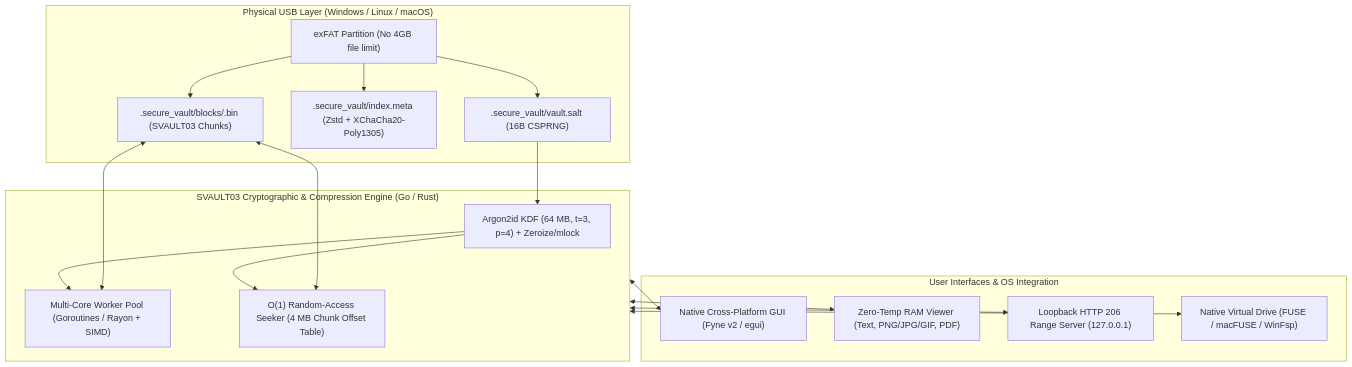
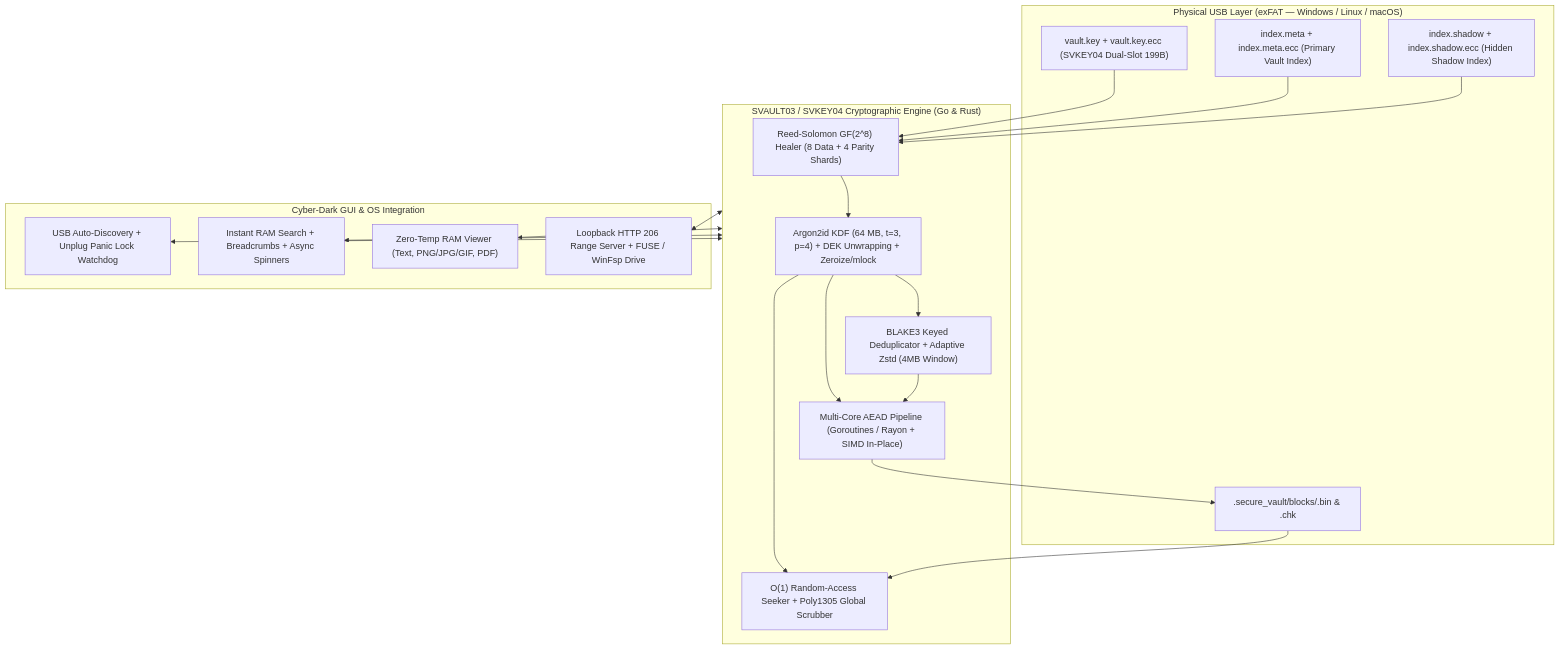
One commit to kimiko88/SecureHUB changed the diagram in README.md. Above: the diagram before and after it, drawn with Mermaid. The commit also changed other lines of this file and 23 other files, not shown here.

Commit message:
feat: add dual-engine Go and Rust implementation with CI/CD and v4 vault features

````diff
--- a/README.md
+++ b/README.md
@@ -48,28 +51,30 @@
 ```mermaid
 flowchart TB
-    subgraph Physical["Physical USB Layer (Windows / Linux / macOS)"]
-        EXFAT["exFAT Partition (No 4GB file limit)"]
-        SALT[".secure_vault/vault.salt (16B CSPRNG)"]
-        INDEX[".secure_vault/index.meta (Zstd + XChaCha20-Poly1305)"]
-        BLOBS[".secure_vault/blocks/<UUID>.bin (SVAULT03 Chunks)"]
-        EXFAT --> SALT & INDEX & BLOBS
+    subgraph Physical["Physical USB Layer (exFAT — Windows / Linux / macOS)"]
+        KEY["vault.key + vault.key.ecc (SVKEY04 Dual-Slot 199B)"]
+        IDX1["index.meta + index.meta.ecc (Primary Vault Index)"]
+        IDX2["index.shadow + index.shadow.ecc (Hidden Shadow Index)"]
+        BLOBS[".secure_vault/blocks/<UUID>.bin & <BLAKE3_CID>.chk"]
     end
 
-    subgraph Engine["SVAULT03 Cryptographic & Compression Engine (Go / Rust)"]
-        KDF["Argon2id KDF (64 MB, t=3, p=4) + Zeroize/mlock"]
-        POOL["Multi-Core Worker Pool (Goroutines / Rayon + SIMD)"]
-        SEEKER["O(1) Random-Access Seeker (4 MB Chunk Offset Table)"]
-        SALT --> KDF
-        KDF --> POOL & SEEKER
-        BLOBS <--> POOL & SEEKER
+    subgraph Engine["SVAULT03 / SVKEY04 Cryptographic Engine (Go & Rust)"]
+        ECC["Reed-Solomon GF(2^8) Healer (8 Data + 4 Parity Shards)"]
+        KDF["Argon2id KDF (64 MB, t=3, p=4) + DEK Unwrapping + Zeroize/mlock"]
+        DEDUP["BLAKE3 Keyed Deduplicator + Adaptive Zstd (4MB Window)"]
+        POOL["Multi-Core AEAD Pipeline (Goroutines / Rayon + SIMD In-Place)"]
+        SEEKER["O(1) Random-Access Seeker + Poly1305 Global Scrubber"]
+        KEY & IDX1 & IDX2 --> ECC --> KDF
+        KDF --> DEDUP & POOL & SEEKER
+        DEDUP --> POOL --> BLOBS
+        BLOBS --> SEEKER
     end
 
-    subgraph Interfaces["User Interfaces & OS Integration"]
-        GUI["Native Cross-Platform GUI (Fyne v2 / egui)"]
+    subgraph UX["Cyber-Dark GUI & OS Integration"]
+        HOTPLUG["USB Auto-Discovery + Unplug Panic Lock Watchdog"]
+        SEARCH["Instant RAM Search + Breadcrumbs + Async Spinners"]
         RAMVIEW["Zero-Temp RAM Viewer (Text, PNG/JPG/GIF, PDF)"]
-        HTTP["Loopback HTTP 206 Range Server (127.0.0.1)"]
-        FUSE["Native Virtual Drive (FUSE / macFUSE / WinFsp)"]
+        STREAM["Loopback HTTP 206 Range Server + FUSE / WinFsp Drive"]
     end
 
-    Engine <--> GUI & RAMVIEW & HTTP & FUSE
+    Engine <--> HOTPLUG & SEARCH & RAMVIEW & STREAM
 ```
````
